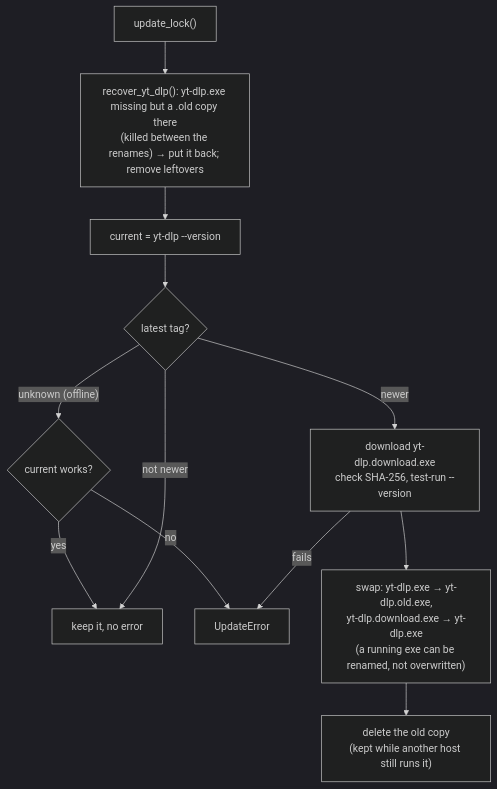
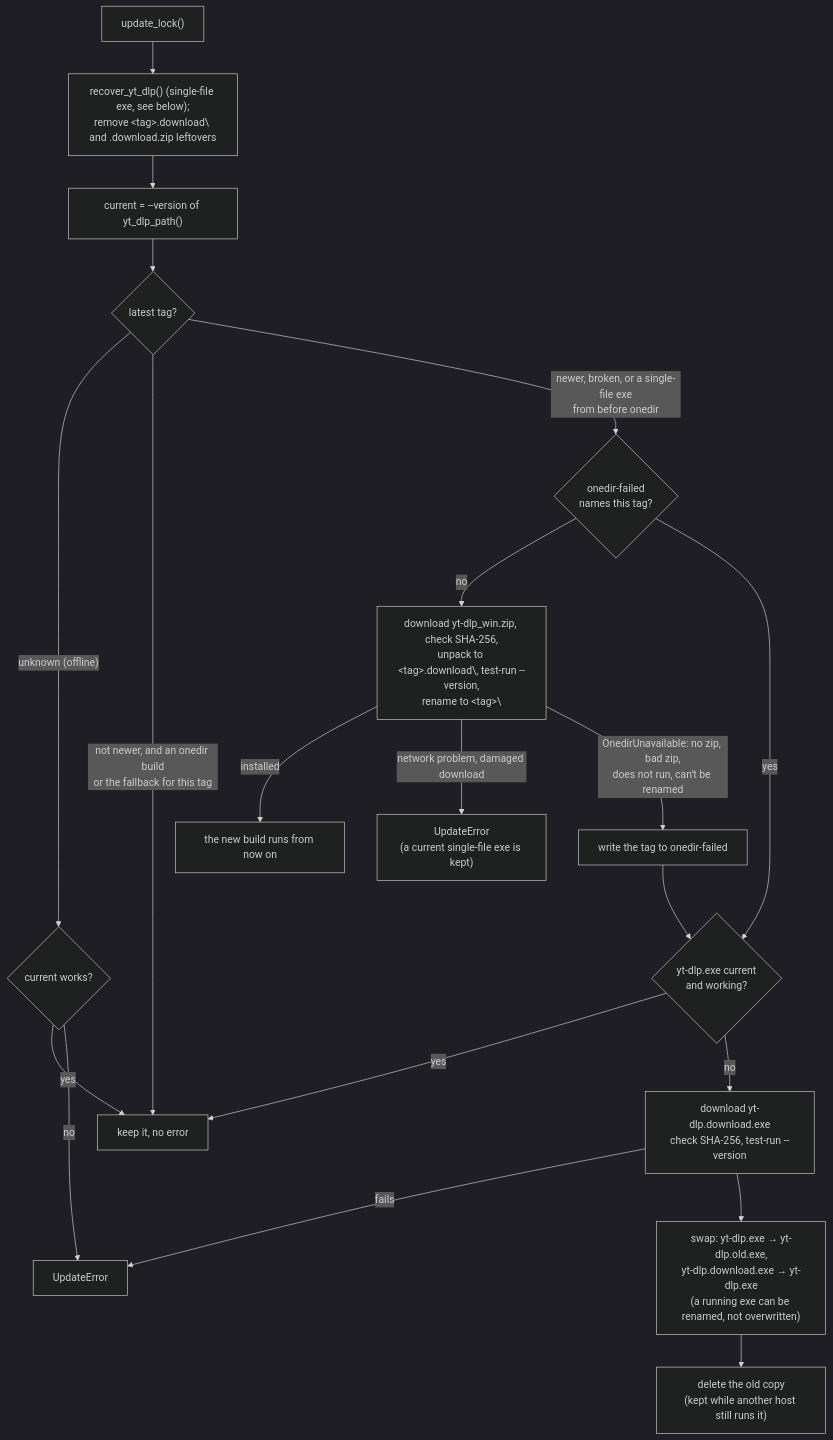
Before and after one commit to martin-iflap/YT-MP3-Downloader: diagram 13 of 22 in ARCHITECTURE.md, drawn with Mermaid (dark theme). The commit also changed other lines of this file and 12 other files, not shown here.

Commit message:
step 1 of refactor to defaultly use yt-dlp one dir to decrease download time and fallback to yt-dlp.exe

````diff
--- a/ARCHITECTURE.md
+++ b/ARCHITECTURE.md
@@ -779,14 +789,22 @@
 ```mermaid
 flowchart TB
-    L["update_lock()"] --> R["recover_yt_dlp(): yt-dlp.exe missing but a .old copy there<br/>(killed between the renames) → put it back; remove leftovers"]
-    R --> V["current = yt-dlp --version"]
+    L["update_lock()"] --> R["recover_yt_dlp() (single-file exe, see below);<br/>remove &lt;tag&gt;.download\ and .download.zip leftovers"]
+    R --> V["current = --version of yt_dlp_path()"]
     V --> T{"latest tag?"}
     T -- "unknown (offline)" --> K1{"current works?"}
     K1 -- yes --> KEEP["keep it, no error"]
     K1 -- no --> ERR["UpdateError"]
-    T -- "not newer" --> KEEP
-    T -- newer --> D["download yt-dlp.download.exe<br/>check SHA-256, test-run --version"]
+    T -- "not newer, and an onedir build<br/>or the fallback for this tag" --> KEEP
+    T -- "newer, broken, or a single-file exe<br/>from before onedir" --> F{"onedir-failed<br/>names this tag?"}
+    F -- no --> O["download yt-dlp_win.zip, check SHA-256,<br/>unpack to &lt;tag&gt;.download\, test-run --version,<br/>rename to &lt;tag&gt;\"]
+    O -- "installed" --> DONE["the new build runs from now on"]
+    O -- "network problem, damaged download" --> ERR2["UpdateError<br/>(a current single-file exe is kept)"]
+    O -- "OnedirUnavailable: no zip, bad zip,<br/>does not run, can't be renamed" --> M["write the tag to onedir-failed"]
+    M --> SE
+    F -- yes --> SE{"yt-dlp.exe current<br/>and working?"}
+    SE -- yes --> KEEP
+    SE -- no --> D["download yt-dlp.download.exe<br/>check SHA-256, test-run --version"]
     D -- fails --> ERR
     D --> S["swap: yt-dlp.exe → yt-dlp.old.exe,<br/>yt-dlp.download.exe → yt-dlp.exe<br/>(a running exe can be renamed, not overwritten)"]
     S --> DEL["delete the old copy<br/>(kept while another host still runs it)"]
 ```
````
